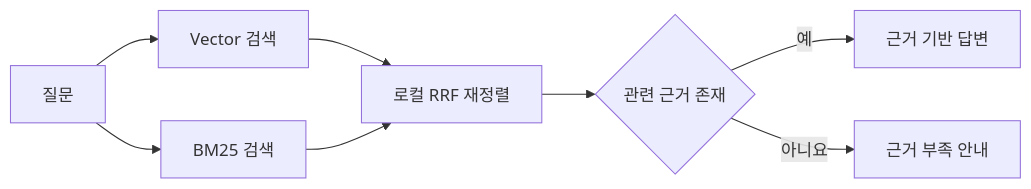
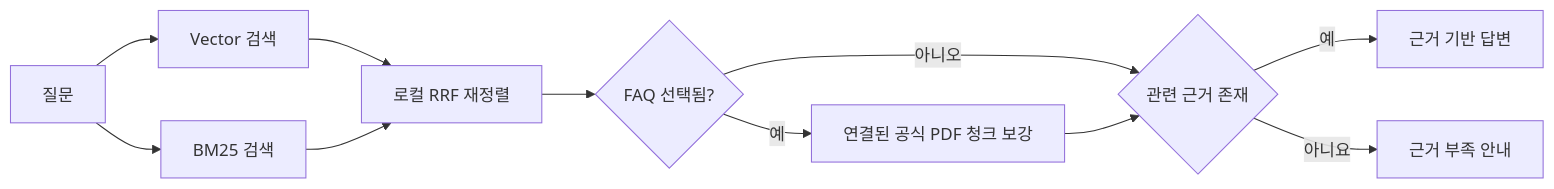
Before and after one commit to sijeong0927/pension-tax-assistant: the second of 2 diagrams in README.md, drawn with Mermaid. The commit also changed other lines of this file and 17 other files, not shown here.

First line of the commit message:
feat(rag): FAQ 전체를 공식 PDF 근거 청크에 매핑하고 RAG 컨텍스트 보강

````diff
--- a/README.md
+++ b/README.md
@@ -67,10 +68,13 @@
 ```mermaid
 flowchart LR
     Q["질문"] --> V["Vector 검색"]
     Q --> B["BM25 검색"]
     V --> R["로컬 RRF 재정렬"]
     B --> R
-    R --> G{"관련 근거 존재"}
+    R --> F{"FAQ 선택됨?"}
+    F -->|"예"| P["연결된 공식 PDF 청크 보강"]
+    F -->|"아니오"| G{"관련 근거 존재"}
+    P --> G
     G -->|"예"| L["근거 기반 답변"]
     G -->|"아니요"| N["근거 부족 안내"]
 ```
````
